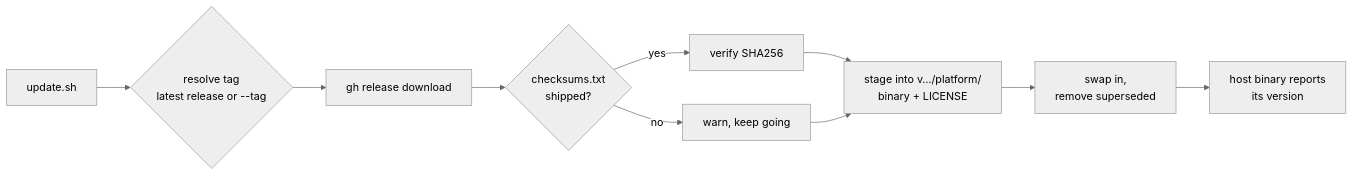
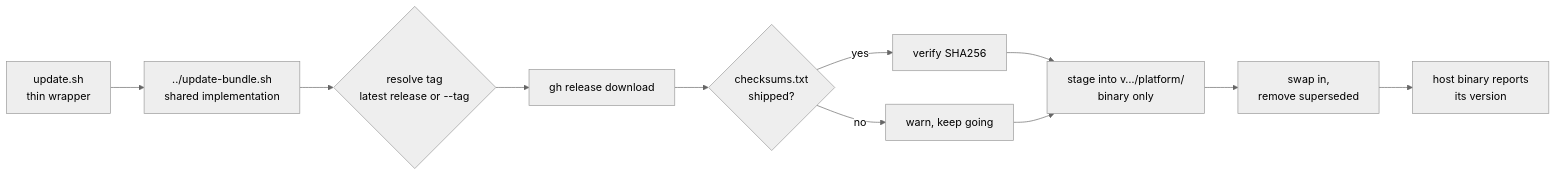
Before and after one commit to fordaj/logamuffin: the diagram in tools/logamuffin/update.sh.md, drawn with Mermaid (neutral theme). The commit also changed other lines of this file and 30 other files, not shown here.

````diff
--- a/tools/logamuffin/update.sh.md
+++ b/tools/logamuffin/update.sh.md
@@ -3,12 +3,14 @@
 ```mermaid
 flowchart LR
-    Up[update.sh] --> Tag{resolve tag<br/>latest release or --tag}
+    Up[update.sh<br/>thin wrapper] --> Core["../update-bundle.sh<br/>shared implementation"]
+    Core --> Tag{resolve tag<br/>latest release or --tag}
     Tag --> DL["gh release download"]
     DL --> Sum{checksums.txt<br/>shipped?}
     Sum -->|yes| Verify["verify SHA256"]
     Sum -->|no| Warn["warn, keep going"]
-    Verify --> Stage["stage into v…/platform/<br/>binary + LICENSE"]
+    Verify --> Stage["stage into v…/platform/<br/>binary only"]
     Warn --> Stage
     Stage --> Swap["swap in,<br/>remove superseded"]
     Swap --> Smoke["host binary reports<br/>its version"]
+    click Core href "../update-bundle.sh.md"
 ```
````
